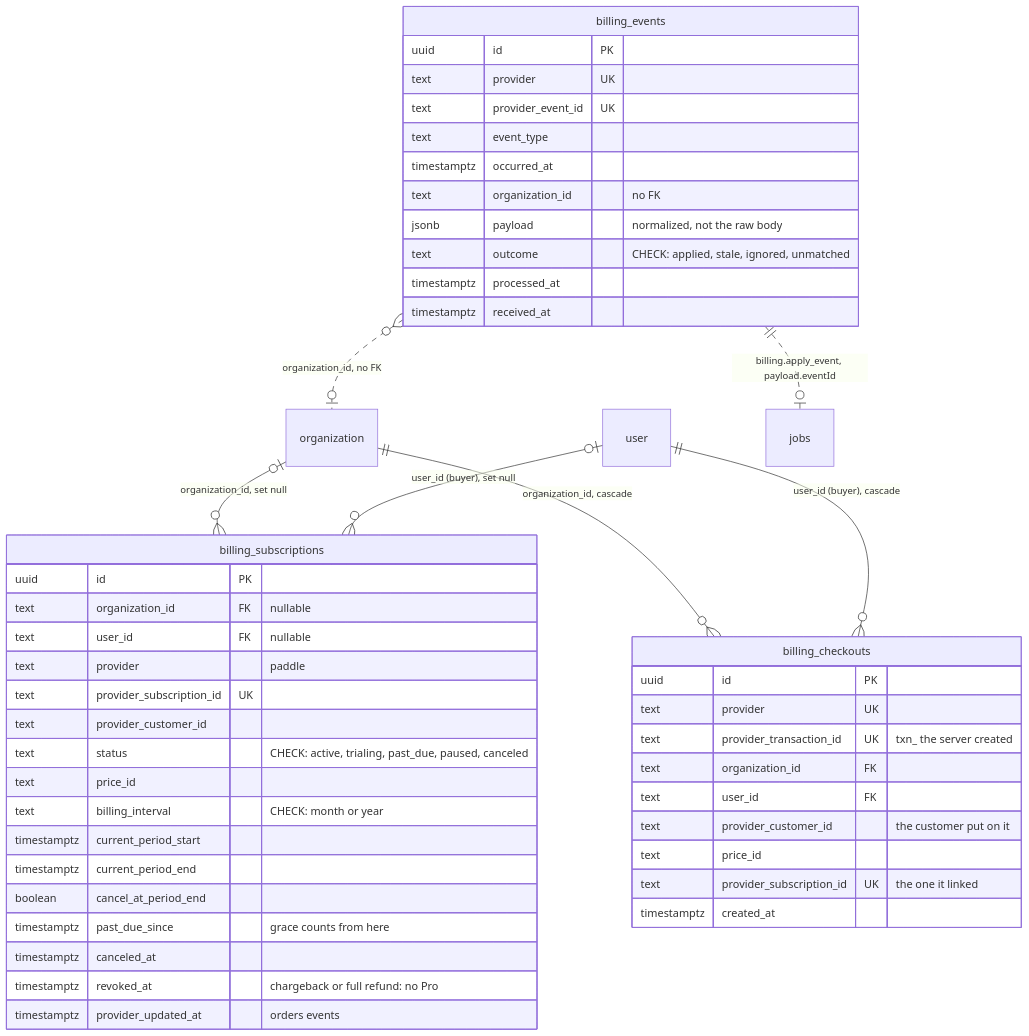
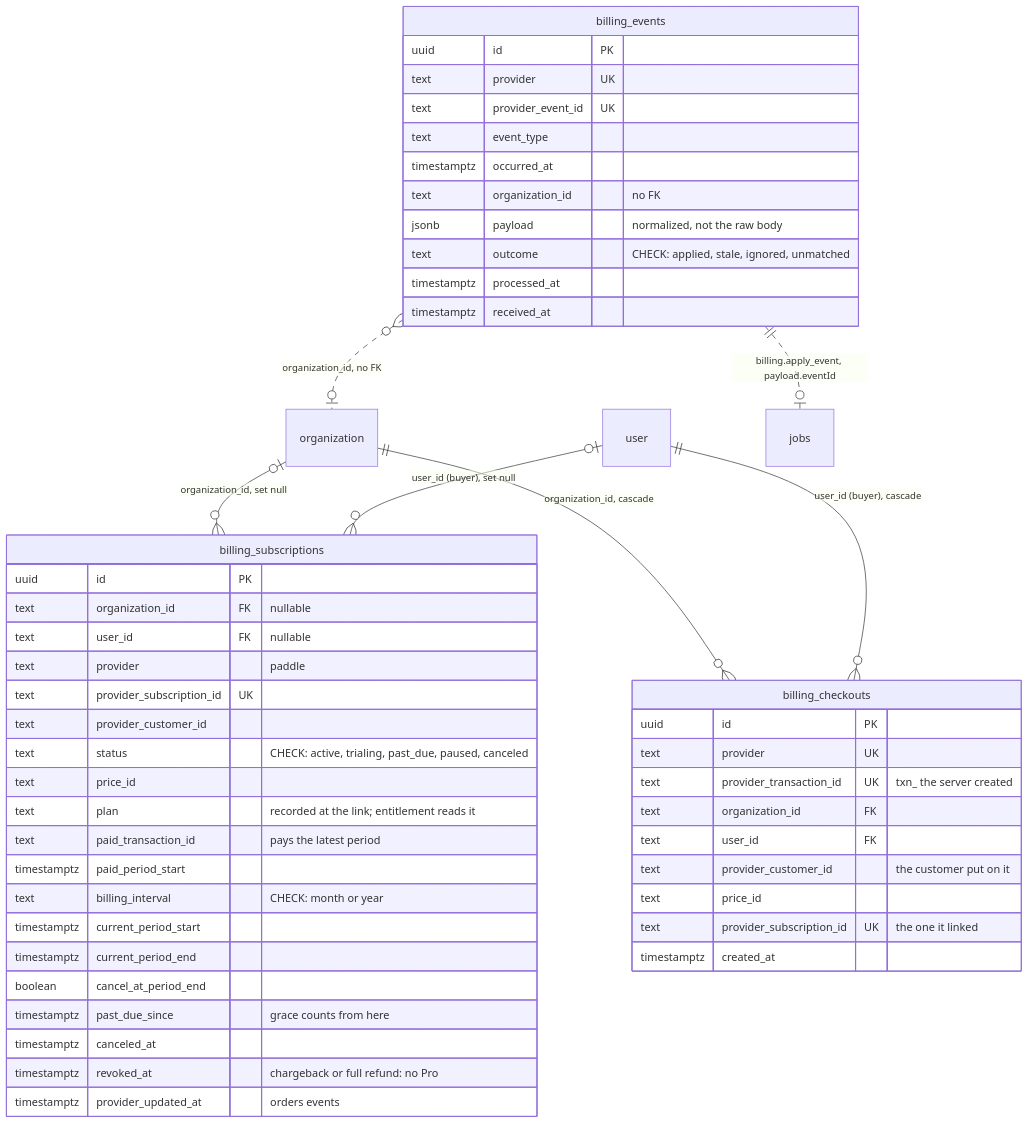
Before and after one commit to bhimrazy/receipt-ocr-app: the fifth of 6 diagrams in docs/architecture/data-model.md, drawn with Mermaid. The commit also changed other lines of this file and 3 other files, not shown here.

````diff
--- a/docs/architecture/data-model.md
+++ b/docs/architecture/data-model.md
@@ -331,51 +331,54 @@
 ```mermaid
 erDiagram
   organization |o--o{ billing_subscriptions : "organization_id, set null"
   user |o--o{ billing_subscriptions : "user_id (buyer), set null"
   organization ||--o{ billing_checkouts : "organization_id, cascade"
   user ||--o{ billing_checkouts : "user_id (buyer), cascade"
   billing_events }o..o| organization : "organization_id, no FK"
   billing_events ||..o| jobs : "billing.apply_event, payload.eventId"
 
   billing_subscriptions {
     uuid id PK
     text organization_id FK "nullable"
     text user_id FK "nullable"
     text provider "paddle"
     text provider_subscription_id UK
     text provider_customer_id
     text status "CHECK: active, trialing, past_due, paused, canceled"
     text price_id
+    text plan "recorded at the link; entitlement reads it"
+    text paid_transaction_id "pays the latest period"
+    timestamptz paid_period_start
     text billing_interval "CHECK: month or year"
     timestamptz current_period_start
     timestamptz current_period_end
     boolean cancel_at_period_end
     timestamptz past_due_since "grace counts from here"
     timestamptz canceled_at
     timestamptz revoked_at "chargeback or full refund: no Pro"
     timestamptz provider_updated_at "orders events"
   }
   billing_checkouts {
     uuid id PK
     text provider UK
     text provider_transaction_id UK "txn_ the server created"
     text organization_id FK
     text user_id FK
     text provider_customer_id "the customer put on it"
     text price_id
     text provider_subscription_id UK "the one it linked"
     timestamptz created_at
   }
   billing_events {
     uuid id PK
     text provider UK
     text provider_event_id UK
     text event_type
     timestamptz occurred_at
     text organization_id "no FK"
     jsonb payload "normalized, not the raw body"
     text outcome "CHECK: applied, stale, ignored, unmatched"
     timestamptz processed_at
     timestamptz received_at
   }
 ```
````
